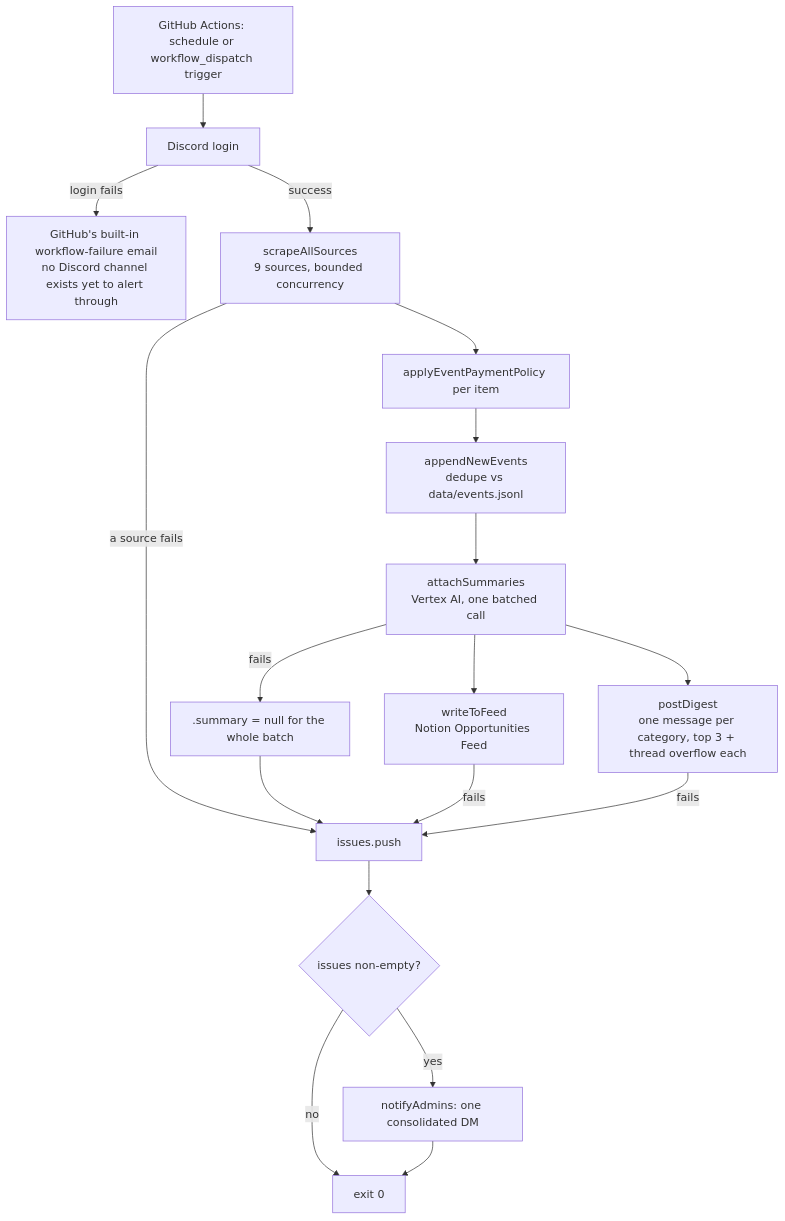
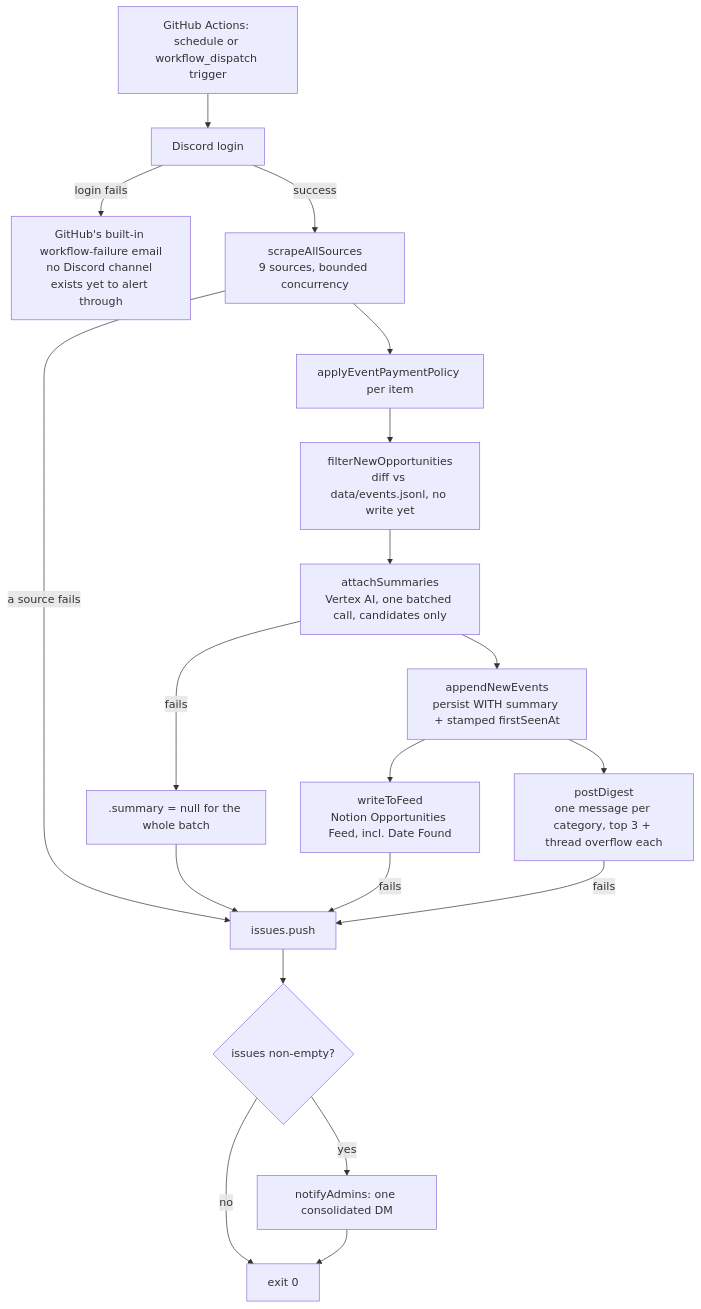
The diagram in docs/architecture.md (nihlt/opps-bot-for-discord), drawn with Mermaid before and after one commit. The commit also changed other lines of this file and 7 other files, not shown here.

````diff
--- a/docs/architecture.md
+++ b/docs/architecture.md
@@ -7,20 +7,21 @@
 ```mermaid
 flowchart TD
     T[GitHub Actions: schedule or workflow_dispatch trigger] --> L[Discord login]
     L -->|login fails| G["GitHub's built-in workflow-failure email<br/>no Discord channel exists yet to alert through"]
     L -->|success| S["scrapeAllSources<br/>9 sources, bounded concurrency"]
     S --> P[applyEventPaymentPolicy per item]
-    P --> D["appendNewEvents<br/>dedupe vs data/events.jsonl"]
-    D --> V["attachSummaries<br/>Vertex AI, one batched call"]
+    P --> F["filterNewOpportunities<br/>diff vs data/events.jsonl, no write yet"]
+    F --> V["attachSummaries<br/>Vertex AI, one batched call, candidates only"]
     V -->|fails| V2[".summary = null for the whole batch"]
-    V --> N["writeToFeed<br/>Notion Opportunities Feed"]
-    V --> C["postDigest<br/>one message per category, top 3 + thread overflow each"]
+    V --> D["appendNewEvents<br/>persist WITH summary + stamped firstSeenAt"]
+    D --> N["writeToFeed<br/>Notion Opportunities Feed, incl. Date Found"]
+    D --> C["postDigest<br/>one message per category, top 3 + thread overflow each"]
     S -->|a source fails| I[issues.push]
     V2 --> I
     N -->|fails| I
     C -->|fails| I
     I --> A{issues non-empty?}
     A -->|yes| M["notifyAdmins: one consolidated DM"]
     A -->|no| E["exit 0"]
     M --> E
 ```
````
